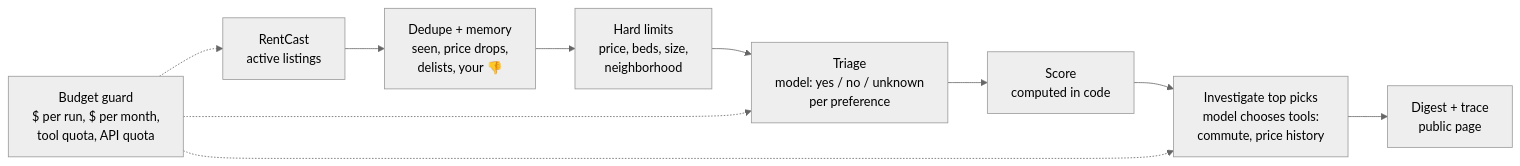
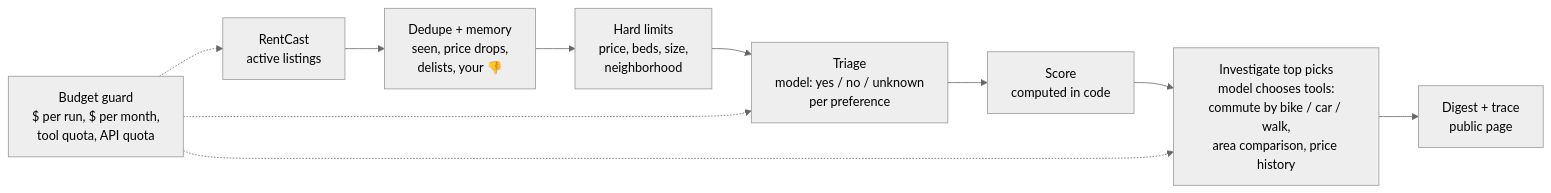
One commit to tywangq/rentscout changed the diagram in README.md. Above: the diagram before and after it, drawn with Mermaid (neutral theme). The commit also changed other lines of this file and 4 other files, not shown here.

````diff
--- a/README.md
+++ b/README.md
@@ -24,12 +24,12 @@
 ```mermaid
 flowchart LR
     A[RentCast<br/>active listings] --> B[Dedupe + memory<br/>seen, price drops,<br/>delists, your 👎]
     B --> C[Hard limits<br/>price, beds, size,<br/>neighborhood]
     C --> D[Triage<br/>model: yes / no / unknown<br/>per preference]
     D --> E[Score<br/>computed in code]
-    E --> F[Investigate top picks<br/>model chooses tools:<br/>commute, price history]
+    E --> F[Investigate top picks<br/>model chooses tools:<br/>commute by bike / car / walk,<br/>area comparison, price history]
     F --> G[Digest + trace<br/>public page]
     BG[Budget guard<br/>$ per run, $ per month,<br/>tool quota, API quota] -.-> D
     BG -.-> F
     BG -.-> A
 ```
````
